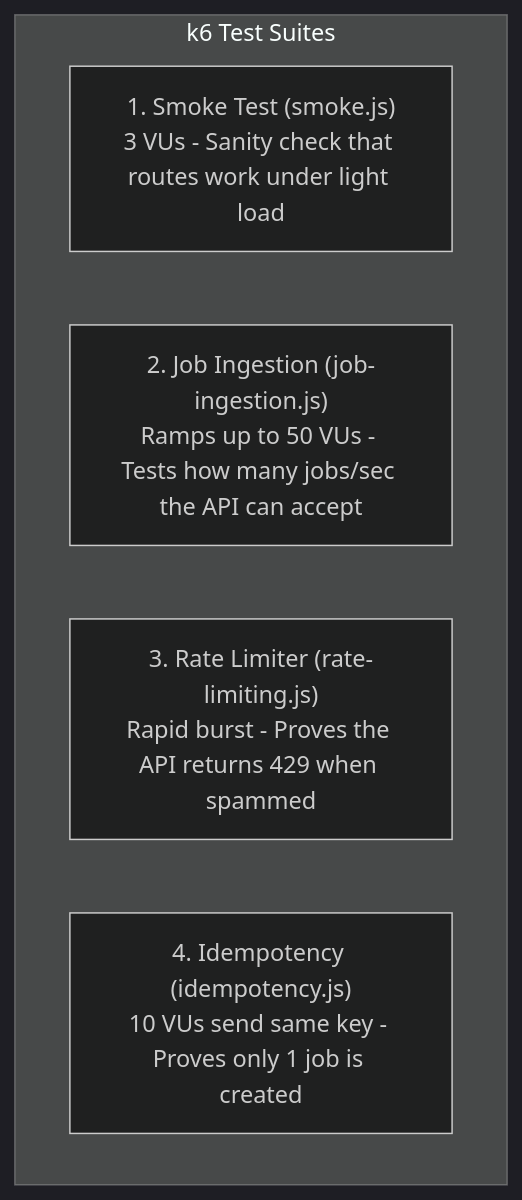
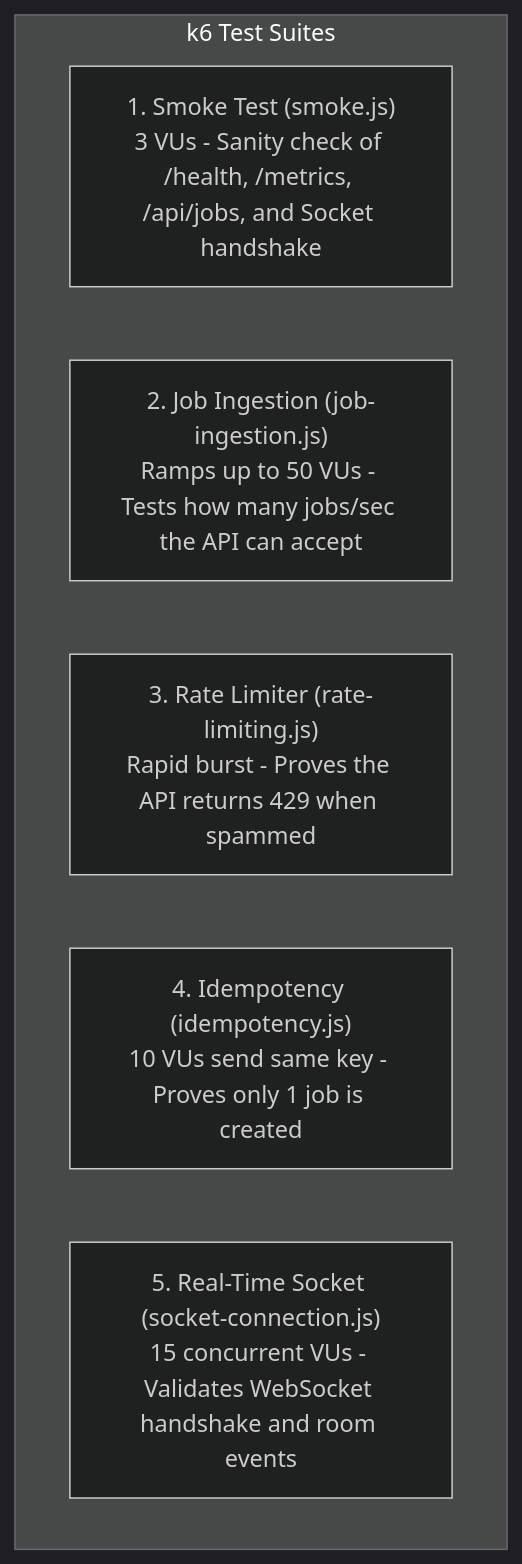
One commit to buildwithrishabh/Distributed-Job-Processing-Platform changed the third of 3 diagrams in DEVOPS.md. Above: the diagram before and after it, drawn with Mermaid (dark theme). The commit also changed other lines of this file and 14 other files, not shown here.

Commit message:
test: add unit, integration, and k6 load tests for Socket.IO and observability

````diff
--- a/DEVOPS.md
+++ b/DEVOPS.md
@@ -378,9 +391,10 @@
 ```mermaid
 flowchart TD
     subgraph Scenarios ["k6 Test Suites"]
-        S1["1. Smoke Test (smoke.js)\n3 VUs - Sanity check that routes work under light load"]
+        S1["1. Smoke Test (smoke.js)\n3 VUs - Sanity check of /health, /metrics, /api/jobs, and Socket handshake"]
         S2["2. Job Ingestion (job-ingestion.js)\nRamps up to 50 VUs - Tests how many jobs/sec the API can accept"]
         S3["3. Rate Limiter (rate-limiting.js)\nRapid burst - Proves the API returns 429 when spammed"]
         S4["4. Idempotency (idempotency.js)\n10 VUs send same key - Proves only 1 job is created"]
+        S5["5. Real-Time Socket (socket-connection.js)\n15 concurrent VUs - Validates WebSocket handshake and room events"]
     end
 ```
````
